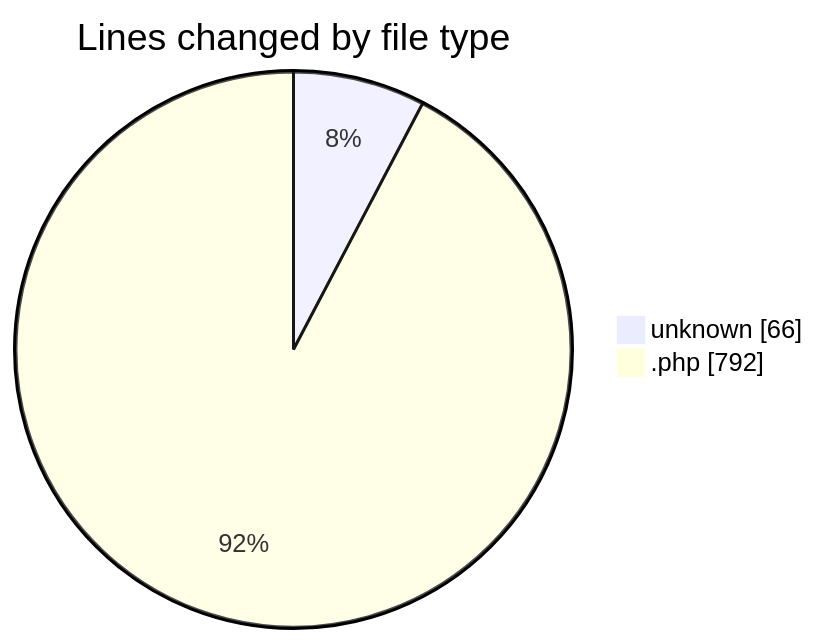
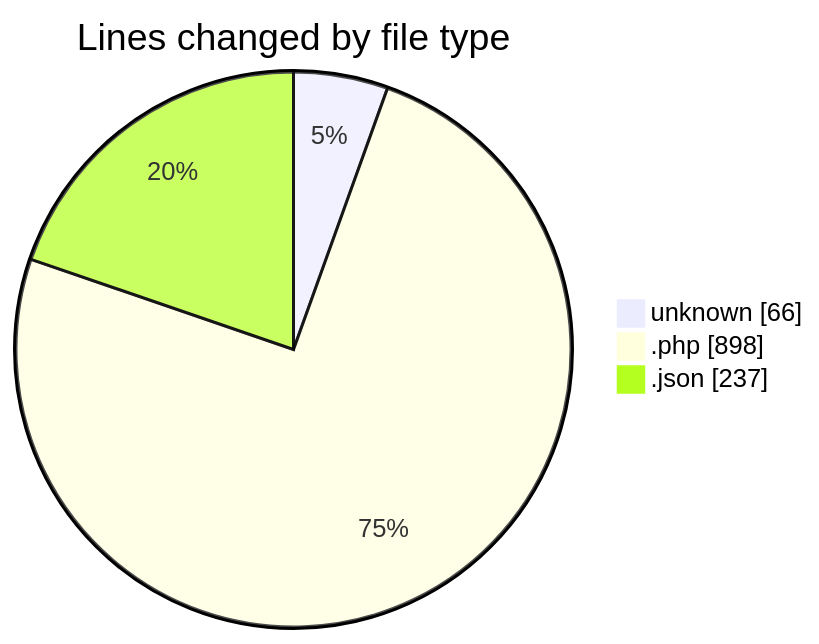
One commit to idhammustaqopulfikri/code-tracking changed the first of 2 diagrams in 2025-05-27/studio-backend/README.md. Above: the diagram before and after it, drawn with Mermaid. The commit also changed other lines of this file and 1 other file, not shown here.

````diff
--- a/2025-05-27/studio-backend/README.md
+++ b/2025-05-27/studio-backend/README.md
@@ -37,6 +39,7 @@
 ```mermaid
 pie showData
 title Lines changed by file type
 "unknown" : 66
-".php" : 792
+".php" : 898
+".json" : 237
 ```
````
